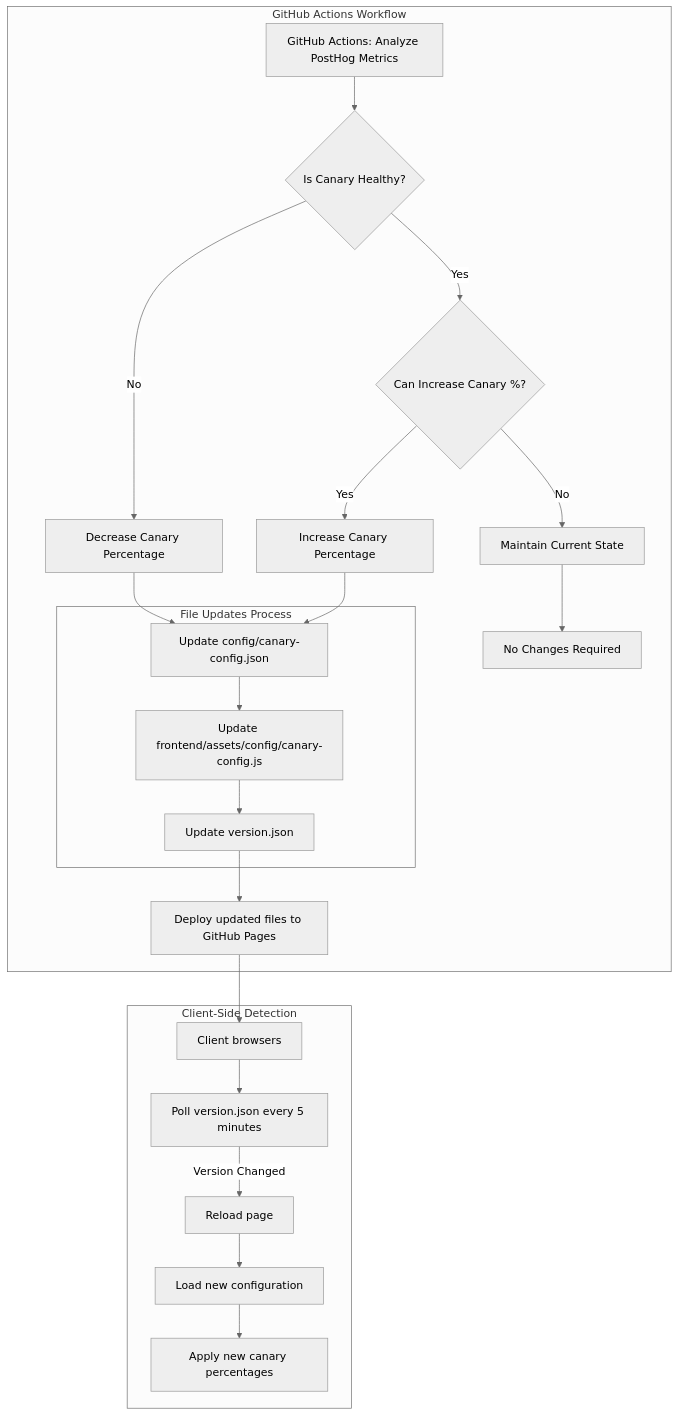
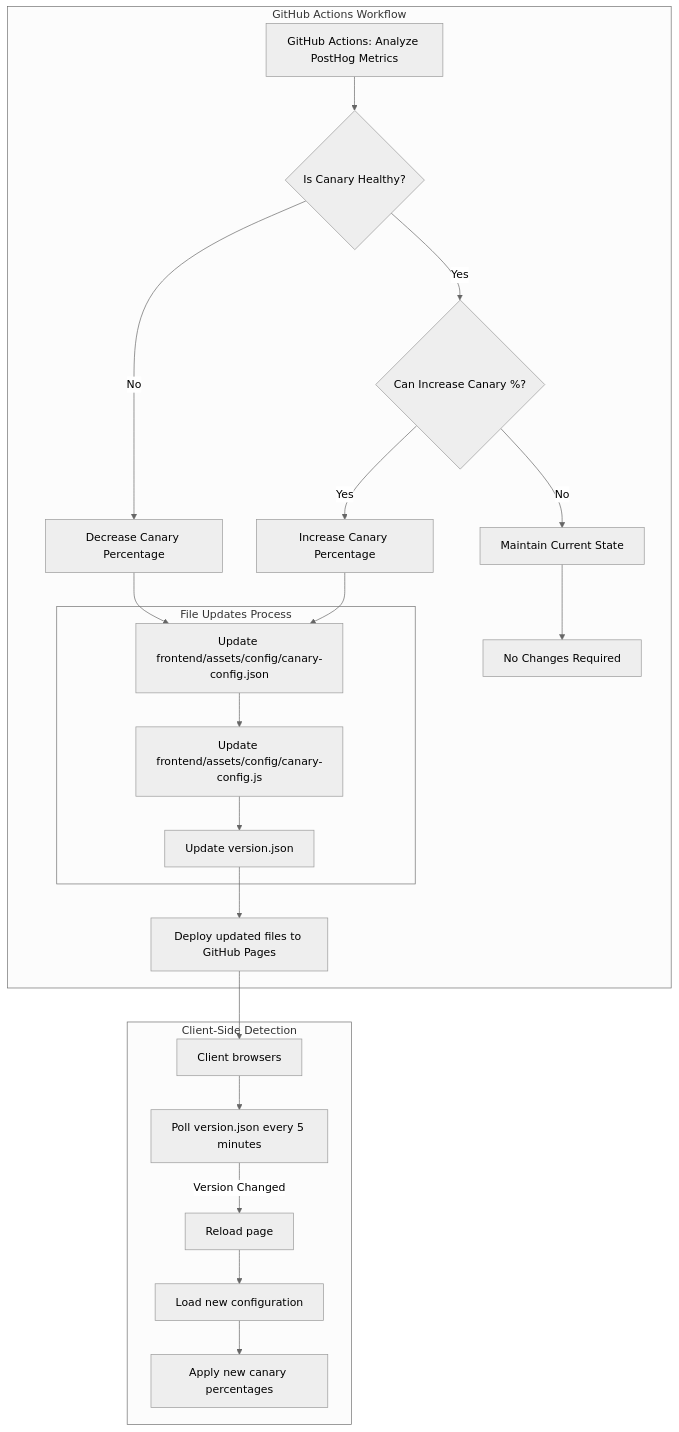
The second of 3 diagrams in README.md (lloydchang/client-side-canary-deployment), drawn with Mermaid (neutral theme) before and after one commit. The commit also changed other lines of this file and 3 other files, not shown here.

````diff
--- a/README.md
+++ b/README.md
@@ -35,31 +35,31 @@
 ```mermaid
 graph TD
     subgraph "GitHub Actions Workflow"
         L[GitHub Actions: Analyze PostHog Metrics]
         L --> M{Is Canary Healthy?}
         M -->|No| N[Decrease Canary Percentage]
         M -->|Yes| O{Can Increase Canary %?}
         O -->|Yes| P[Increase Canary Percentage]
         O -->|No| Q[Maintain Current State]
         
         N --> F1
         P --> F1
         Q --> Q1[No Changes Required]
         
         subgraph "File Updates Process"
-            F1[Update config/canary-config.json]
+            F1[Update frontend/assets/config/canary-config.json]
             F1 --> F2[Update frontend/assets/config/canary-config.js]
             F2 --> V[Update version.json]
         end
         
         V --> G[Deploy updated files to GitHub Pages]
     end
 
     subgraph "Client-Side Detection"
         G --> CL[Client browsers]
         CL --> CL1[Poll version.json every 5 minutes]
         CL1 -->|Version Changed| CL2[Reload page]
         CL2 --> CL3[Load new configuration]
         CL3 --> CL4[Apply new canary percentages]
     end    
 ```
````
